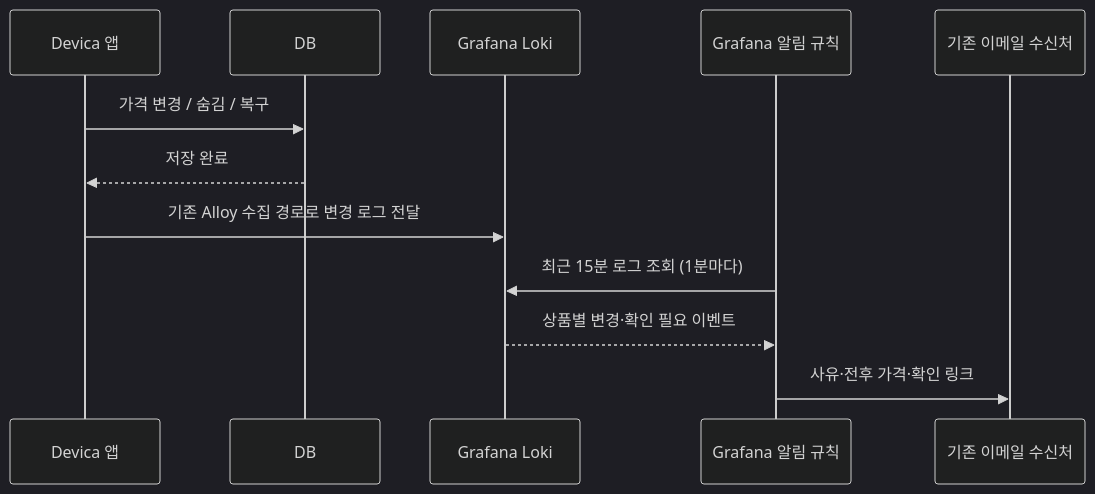
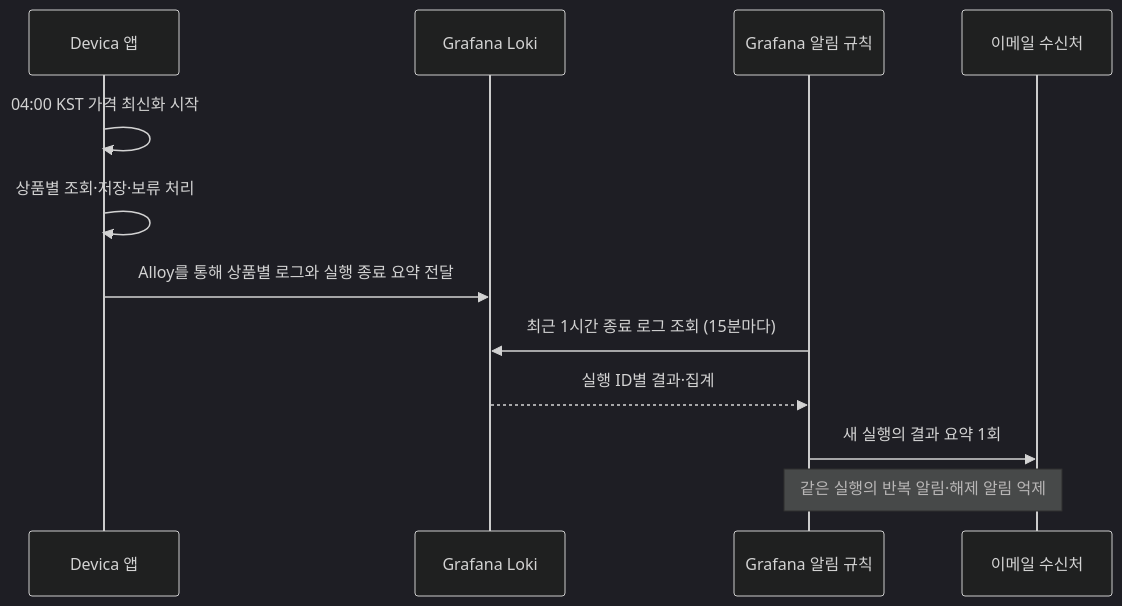
One commit to woowacourse-teams/2026-Devica changed the diagram in monitoring/coupang-price-refresh/README.md. Above: the diagram before and after it, drawn with Mermaid (dark theme). The commit also changed other lines of this file and 3 other files, not shown here.

````diff
--- a/monitoring/coupang-price-refresh/README.md
+++ b/monitoring/coupang-price-refresh/README.md
@@ -9,14 +11,14 @@
 ```mermaid
 sequenceDiagram
     participant App as Devica 앱
-    participant DB as DB
     participant Loki as Grafana Loki
     participant Alert as Grafana 알림 규칙
-    participant Email as 기존 이메일 수신처
-    App->>DB: 가격 변경 / 숨김 / 복구
-    DB-->>App: 저장 완료
-    App->>Loki: 기존 Alloy 수집 경로로 변경 로그 전달
-    Alert->>Loki: 최근 15분 로그 조회 (1분마다)
-    Loki-->>Alert: 상품별 변경·확인 필요 이벤트
-    Alert->>Email: 사유·전후 가격·확인 링크
+    participant Email as 이메일 수신처
+    App->>App: 04:00 KST 가격 최신화 시작
+    App->>App: 상품별 조회·저장·보류 처리
+    App->>Loki: Alloy를 통해 상품별 로그와 실행 종료 요약 전달
+    Alert->>Loki: 최근 1시간 종료 로그 조회 (15분마다)
+    Loki-->>Alert: 실행 ID별 결과·집계
+    Alert->>Email: 새 실행의 결과 요약 1회
+    Note over Alert,Email: 같은 실행의 반복 알림·해제 알림 억제
 ```
````
